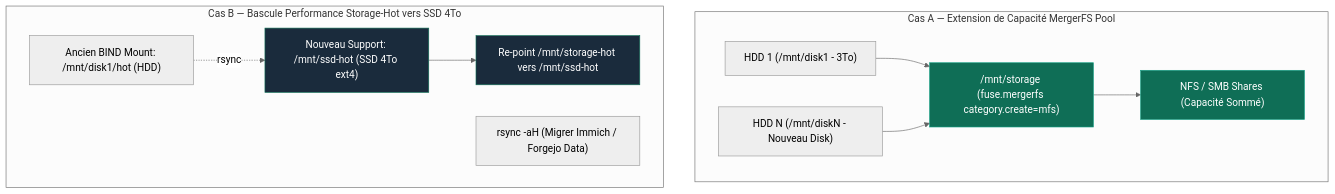
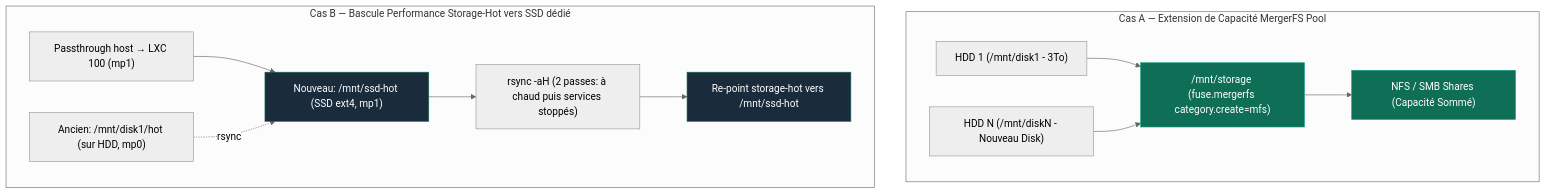
The diagram in procedures/ajout-nouveau-disque.md (ims-world/docs), drawn with Mermaid (neutral theme) before and after one commit. The commit also changed other lines of this file and 4 other files, not shown here.

````diff
--- a/procedures/ajout-nouveau-disque.md
+++ b/procedures/ajout-nouveau-disque.md
@@ -14,28 +12,30 @@
 ```mermaid
 graph TB
     subgraph CAS_A ["Cas A — Extension de Capacité MergerFS Pool"]
         DISK1["HDD 1 (/mnt/disk1 - 3To)"]
         DISKN["HDD N (/mnt/diskN - Nouveau Disk)"]
         MERGER_POOL["/mnt/storage (fuse.mergerfs category.create=mfs)"]
         EXPORTS_A["NFS / SMB Shares (Capacité Sommé)"]
 
         DISK1 --> MERGER_POOL
         DISKN --> MERGER_POOL
         MERGER_POOL --> EXPORTS_A
     end
 
-    subgraph CAS_B ["Cas B — Bascule Performance Storage-Hot vers SSD 4To"]
-        OLD_BIND["Ancien BIND Mount: /mnt/disk1/hot (HDD)"]
-        NEW_SSD["Nouveau Support: /mnt/ssd-hot (SSD 4To ext4)"]
-        RSYNC_HOT["rsync -aH (Migrer Immich / Forgejo Data)"]
-        SWAP_MNT["Re-point /mnt/storage-hot vers /mnt/ssd-hot"]
+    subgraph CAS_B ["Cas B — Bascule Performance Storage-Hot vers SSD dédié"]
+        PASSTHROUGH["Passthrough host → LXC 100 (mp1)"]
+        OLD_MOUNT["Ancien: /mnt/disk1/hot (sur HDD, mp0)"]
+        NEW_SSD["Nouveau: /mnt/ssd-hot (SSD ext4, mp1)"]
+        RSYNC_HOT["rsync -aH (2 passes: à chaud puis services stoppés)"]
+        SWAP_MNT["Re-point storage-hot vers /mnt/ssd-hot"]
 
-        OLD_BIND -.->|rsync| NEW_SSD
-        NEW_SSD --> SWAP_MNT
+        PASSTHROUGH --> NEW_SSD
+        OLD_MOUNT -.->|rsync| NEW_SSD
+        NEW_SSD --> RSYNC_HOT --> SWAP_MNT
     end
 
     classDef pool fill:#0F6E56,stroke:#16A085,color:#fff;
     classDef ssd fill:#1a2b3c,stroke:#0F6E56,color:#fff;
     class MERGER_POOL,EXPORTS_A pool;
     class NEW_SSD,SWAP_MNT ssd;
 ```
````
